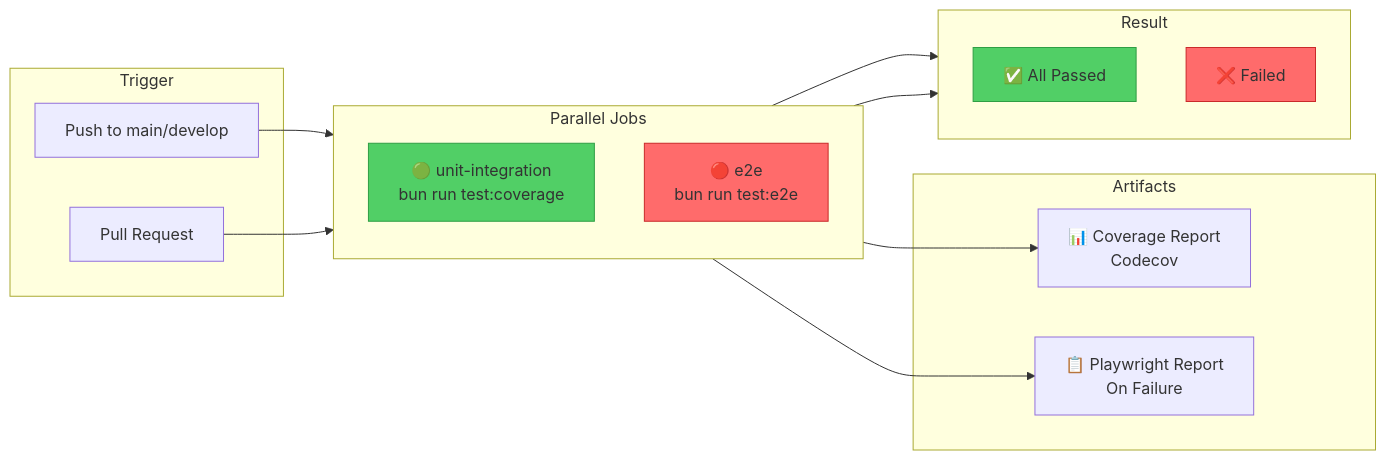
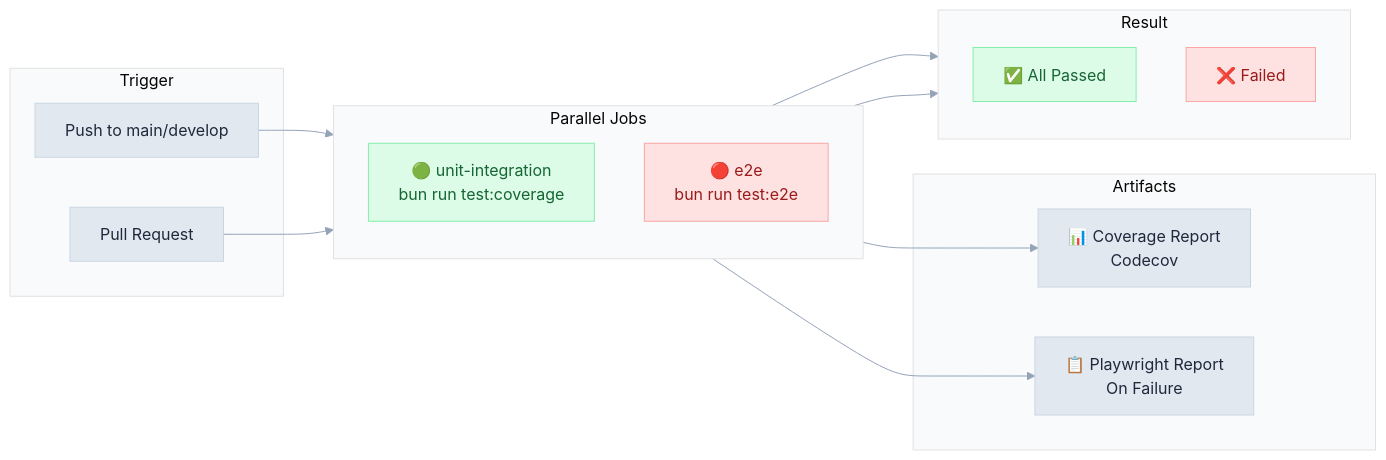
Before and after one commit to 3DHDSoft/devmultiplier-academy: the fifth of 6 diagrams in doc/testing-strategy-nextjs.md, drawn with Mermaid. The commit also changed other lines of this file and 19 other files, not shown here.

````diff
--- a/doc/testing-strategy-nextjs.md
+++ b/doc/testing-strategy-nextjs.md
@@ -755,35 +795,45 @@
 ```mermaid
-flowchart LR
+%%{init: {'theme': 'base', 'themeVariables': {
+  'primaryColor': '#e2e8f0',
+  'primaryTextColor': '#1e293b',
+  'primaryBorderColor': '#cbd5e1',
+  'lineColor': '#94a3b8',
+  'secondaryColor': '#f1f5f9',
+  'tertiaryColor': '#f8fafc',
+  'background': '#ffffff',
+  'textColor': '#334155',
+  'fontFamily': 'system-ui, -apple-system, sans-serif'
+}}}%%flowchart LR
     subgraph trigger ["Trigger"]
         PUSH["Push to main/develop"]
         PR["Pull Request"]
     end
 
     subgraph jobs ["Parallel Jobs"]
         direction TB
         J1["🟢 unit-integration<br/>bun run test:coverage"]
         J2["🔴 e2e<br/>bun run test:e2e"]
     end
 
     subgraph artifacts ["Artifacts"]
         COV["📊 Coverage Report<br/>Codecov"]
         REPORT["📋 Playwright Report<br/>On Failure"]
     end
 
     subgraph result ["Result"]
         PASS["✅ All Passed"]
         FAIL["❌ Failed"]
     end
 
     PUSH --> jobs
     PR --> jobs
     J1 --> COV
     J2 --> REPORT
     J1 --> result
     J2 --> result
 
-    style J1 fill:#51cf66,stroke:#2f9e44
-    style J2 fill:#ff6b6b,stroke:#c92a2a
-    style PASS fill:#51cf66,stroke:#2f9e44
-    style FAIL fill:#ff6b6b,stroke:#c92a2a
+    style J1 fill:#dcfce7,stroke:#86efac,color:#166534
+    style J2 fill:#fee2e2,stroke:#fca5a5,color:#991b1b
+    style PASS fill:#dcfce7,stroke:#86efac,color:#166534
+    style FAIL fill:#fee2e2,stroke:#fca5a5,color:#991b1b
 ```
````
